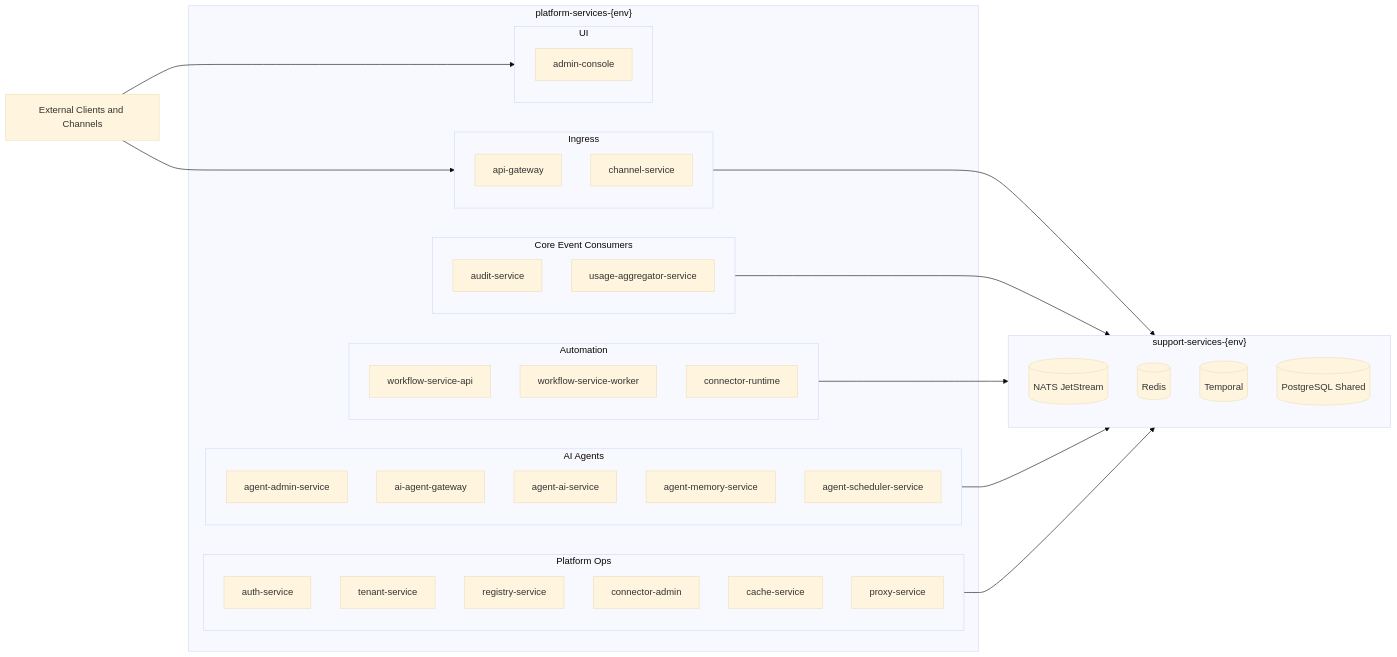
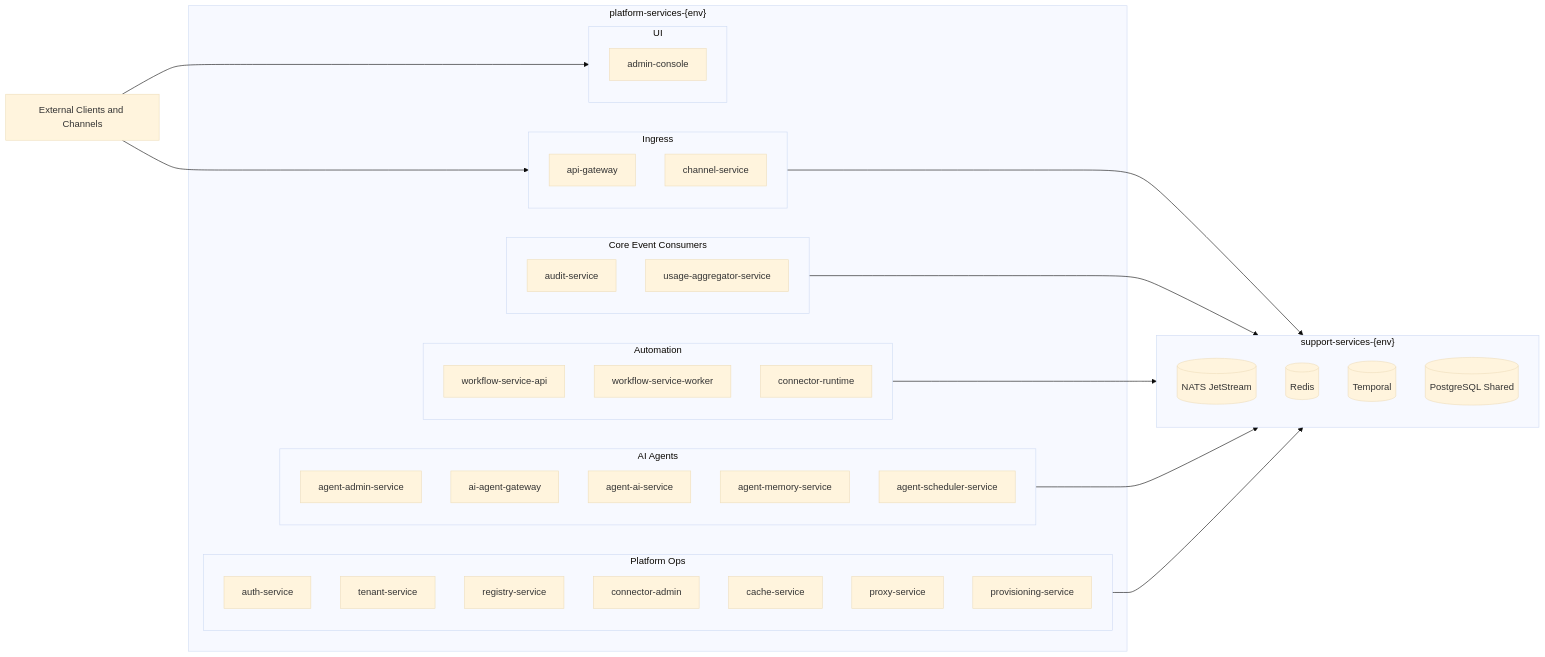
One commit to ccarnero/colloqui changed the first of 20 diagrams in DOCS/architecture/overview.md. Above: the diagram before and after it, drawn with Mermaid (base theme). The commit also changed other lines of this file and 6 other files, not shown here.

Commit message:
docs(provisioning-service): T10 service README, architecture map, audit subjects and index

````diff
--- a/DOCS/architecture/overview.md
+++ b/DOCS/architecture/overview.md
@@ -15,59 +15,60 @@
 ```mermaid
 flowchart LR
     ext[External Clients and Channels]
 
     subgraph support["support-services-{env}"]
         nats[(NATS JetStream)]
         redis[(Redis)]
         temporal[(Temporal)]
         pgs[(PostgreSQL Shared)]
     end
 
     subgraph platform["platform-services-{env}"]
         subgraph ingress[Ingress]
             gw[api-gateway]
             channel[channel-service]
         end
 
         subgraph core[Core Event Consumers]
             audit[audit-service]
             usage[usage-aggregator-service]
         end
 
         subgraph automation[Automation]
             wapi[workflow-service-api]
             wworker[workflow-service-worker]
             connector[connector-runtime]
         end
 
         subgraph yz[AI Agents]
             yzadmin[agent-admin-service]
             yzgateway[ai-agent-gateway]
             yzruntime[agent-ai-service]
             yzmemory[agent-memory-service]
             yzscheduler[agent-scheduler-service]
         end
 
         subgraph ops[Platform Ops]
             auth[auth-service]
             tenant[tenant-service]
             registry[registry-service]
             connectorAdmin[connector-admin]
             cache[cache-service]
             proxy[proxy-service]
+            provisioning[provisioning-service]
         end
 
         subgraph ui[UI]
             admin[admin-console]
         end
     end
 
     ext --> ingress
     ext --> ui
 
     ingress --> support
     core --> support
     automation --> support
     yz --> support
     ops --> support
 ```
````
